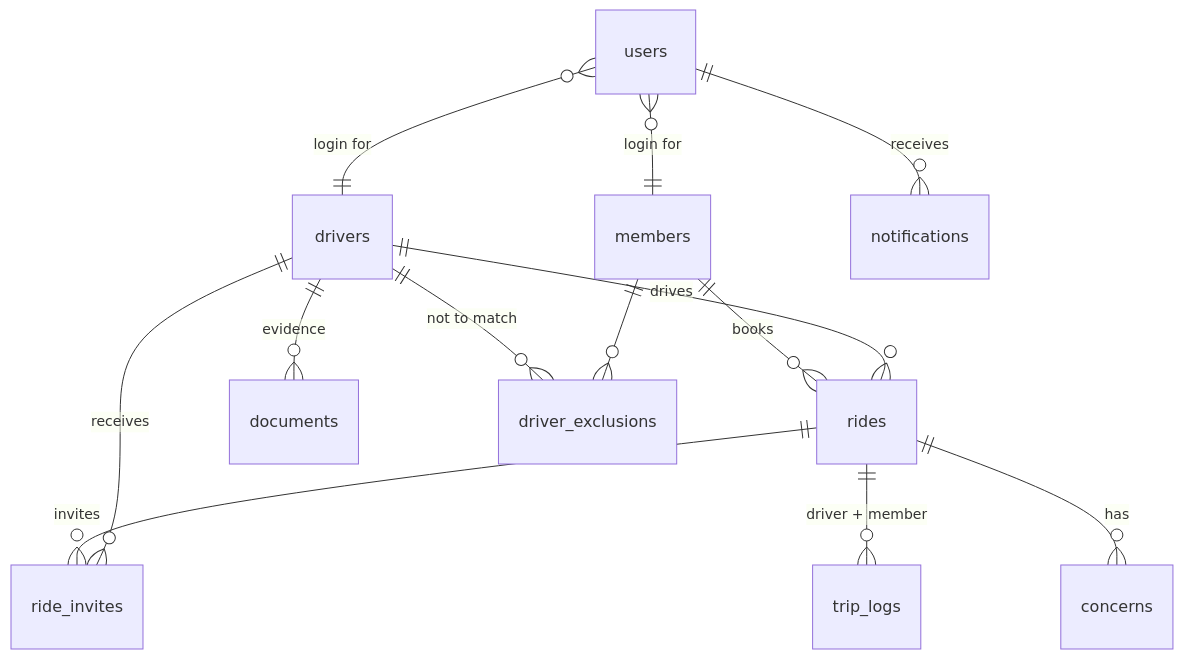
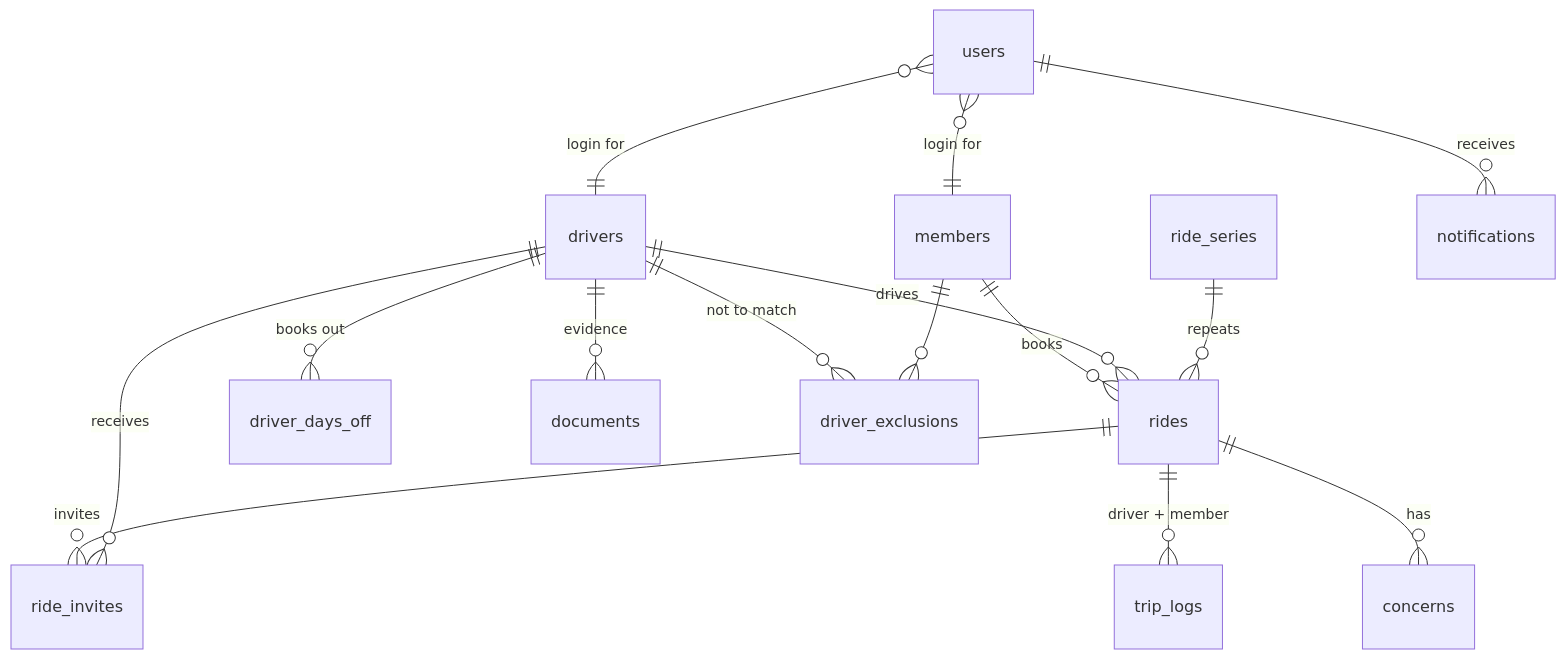
One commit to AJ-droi/PSEBC changed the third of 3 diagrams in docs/architecture.md. Above: the diagram before and after it, drawn with Mermaid. The commit also changed other lines of this file and 35 other files, not shown here.

````diff
--- a/docs/architecture.md
+++ b/docs/architecture.md
@@ -105,15 +109,17 @@
 ```mermaid
 erDiagram
   members ||--o{ rides : books
   drivers ||--o{ rides : drives
   rides ||--o{ ride_invites : "invites"
+  ride_series ||--o{ rides : "repeats"
+  drivers ||--o{ driver_days_off : "books out"
   drivers ||--o{ ride_invites : receives
   rides ||--o{ trip_logs : "driver + member"
   rides ||--o{ concerns : has
   drivers ||--o{ documents : evidence
   drivers ||--o{ driver_exclusions : "not to match"
   members ||--o{ driver_exclusions : ""
   users }o--|| members : "login for"
   users }o--|| drivers : "login for"
   users ||--o{ notifications : receives
 ```
````
